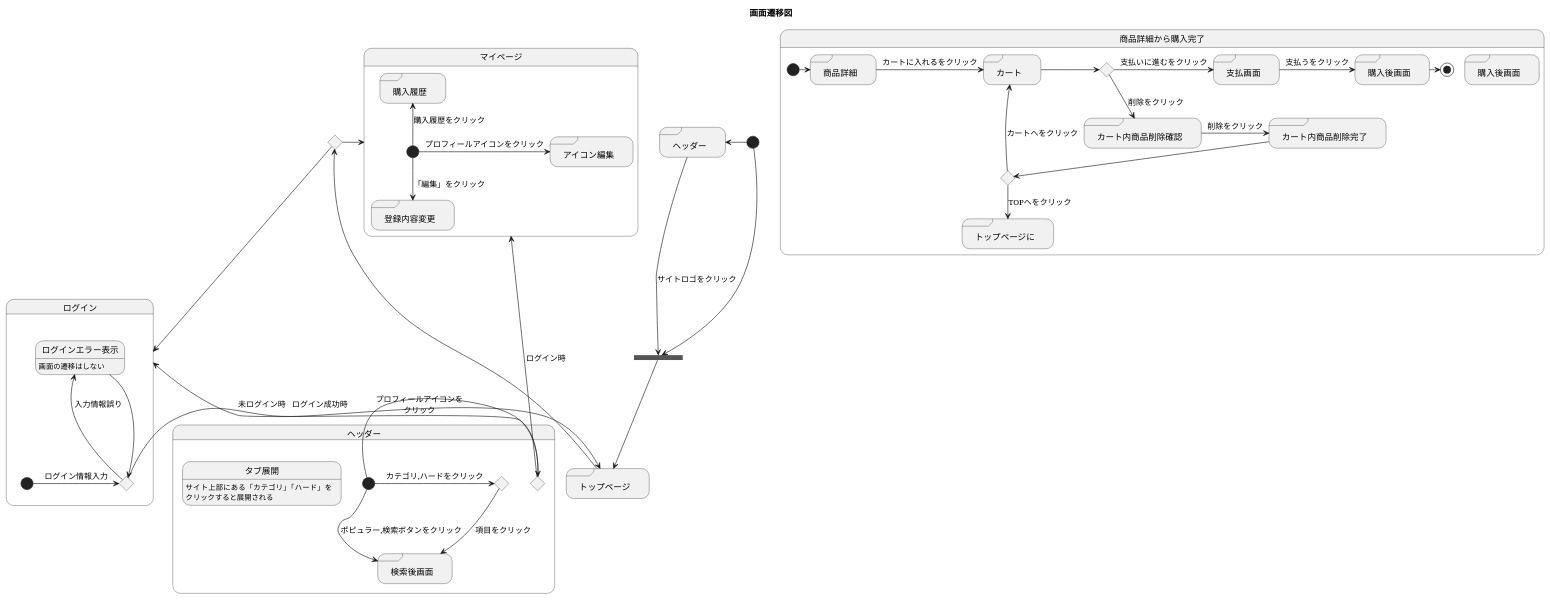
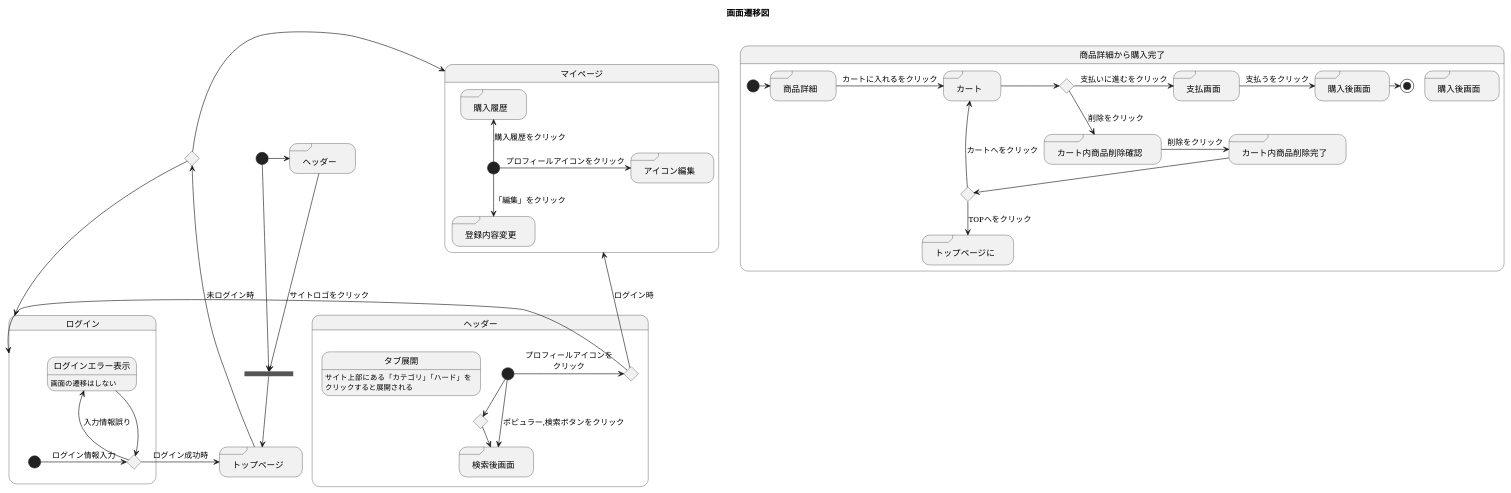
The diagram in UML.md (akutori/T-D-E), drawn with PlantUML before and after one commit.

Commit message:
更に戻した

```diff
--- a/UML.md
+++ b/UML.md
@@ -14,7 +14,7 @@
 
 
 [*]-->joinmain
-[*]-left->headder
+[*]->headder
 
 headder->joinmain : サイトロゴをクリック
 joinmain --> main
@@ -30,12 +30,12 @@
     state タブ展開:サイト上部にある「カテゴリ」「ハード」を\nクリックすると展開される
 
     [*]->ifheadder : プロフィールアイコンを\nクリック
-    ifheadder-up->ログイン : 未ログイン時
+    ifheadder->ログイン : 未ログイン時
     ifheadder-up->マイページ : ログイン時
 
     [*]-->searchinheadder :ポピュラー,検索ボタンをクリック
     [*]-right->ifheadder1 : カテゴリ,ハードをクリック
-    ifheadder1 --> searchinheadder : 項目をクリック
+    ifheadder1 -> searchinheadder : 項目をクリック
 }
 
 state ログイン{
```
